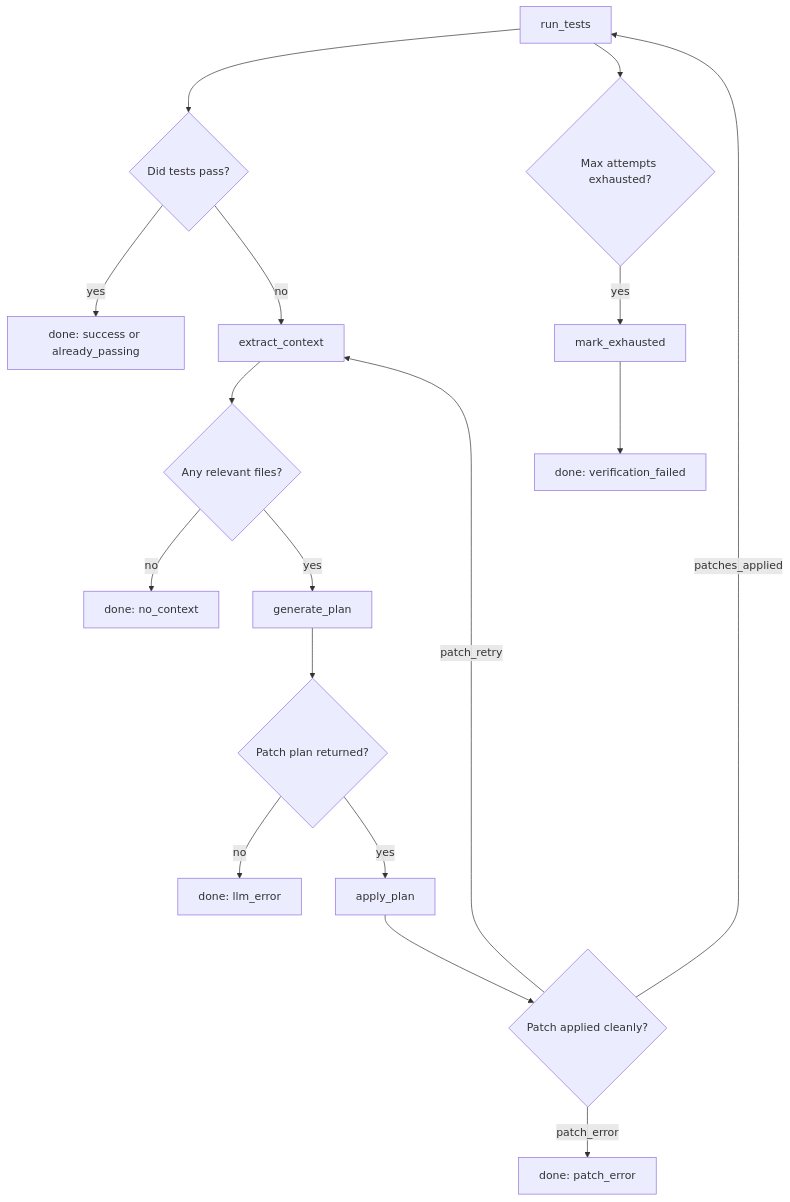
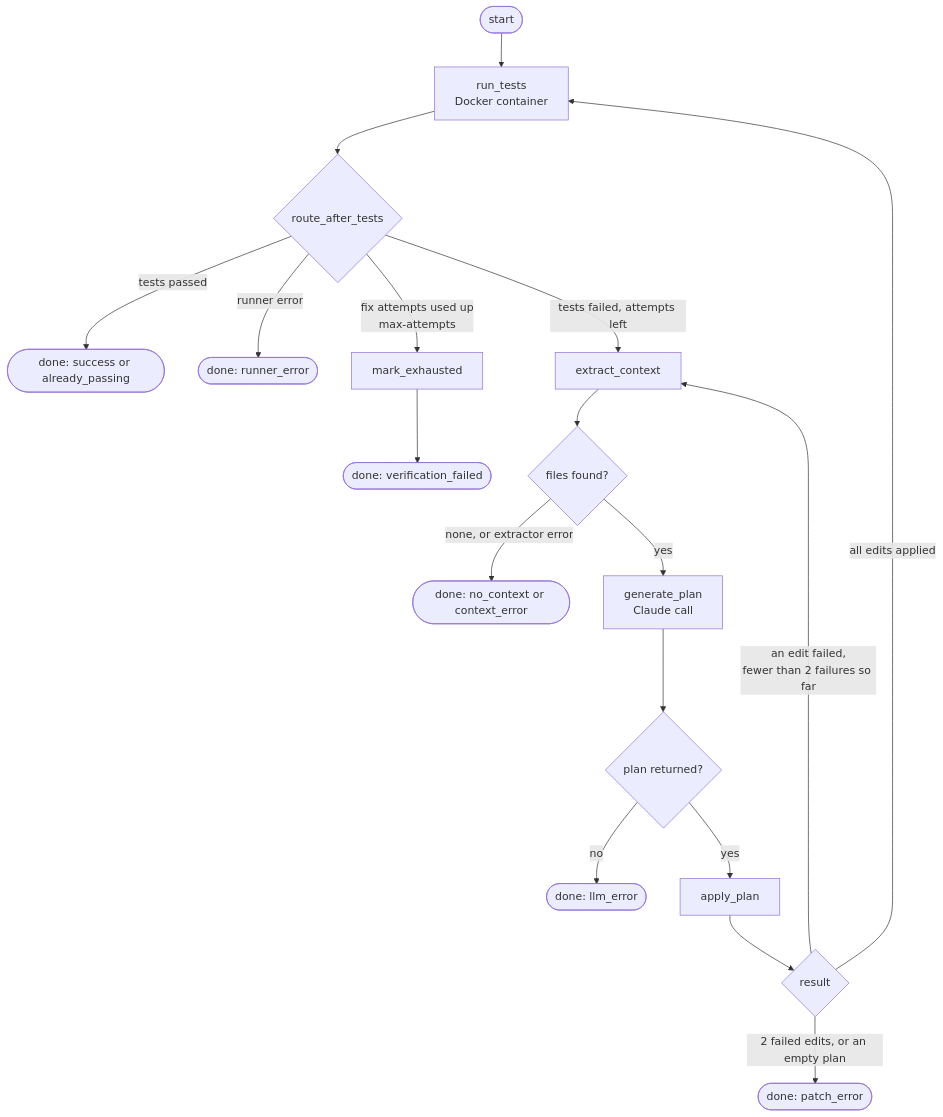
The second of 3 diagrams in README.md (actions-marketplace-validations/nihal1524_self-healing-ci), drawn with Mermaid before and after one commit. The commit also changed other lines of this file, not shown here.

Commit message:
diagram changes

````diff
--- a/README.md
+++ b/README.md
@@ -30,19 +77,20 @@
 ```mermaid
 flowchart TD
-    A[run_tests] --> B{Did tests pass?}
-    B -- yes --> Z[done: success or already_passing]
-    B -- no --> C[extract_context]
-    C --> D{Any relevant files?}
-    D -- no --> Z2[done: no_context]
-    D -- yes --> E[generate_plan]
-    E --> F{Patch plan returned?}
-    F -- no --> Z3[done: llm_error]
-    F -- yes --> G[apply_plan]
-    G --> H{Patch applied cleanly?}
-    H -- patch_retry --> C
-    H -- patches_applied --> A
-    H -- patch_error --> Z4[done: patch_error]
-    A --> I{Max attempts exhausted?}
-    I -- yes --> J[mark_exhausted]
-    J --> Z5[done: verification_failed]
+    START(["start"]) --> A["run_tests<br/>Docker container"]
+    A --> B{"route_after_tests"}
+    B -->|"tests passed"| Z1(["done: success or already_passing"])
+    B -->|"runner error"| Z2(["done: runner_error"])
+    B -->|"fix attempts used up<br/>max-attempts"| X["mark_exhausted"]
+    X --> Z3(["done: verification_failed"])
+    B -->|"tests failed, attempts left"| C["extract_context"]
+    C --> D{"files found?"}
+    D -->|"none, or extractor error"| Z4(["done: no_context or context_error"])
+    D -->|"yes"| E["generate_plan<br/>Claude call"]
+    E --> F{"plan returned?"}
+    F -->|"no"| Z5(["done: llm_error"])
+    F -->|"yes"| G["apply_plan"]
+    G --> H{"result"}
+    H -->|"all edits applied"| A
+    H -->|"an edit failed,<br/>fewer than 2 failures so far"| C
+    H -->|"2 failed edits, or an empty plan"| Z6(["done: patch_error"])
 ```
````
